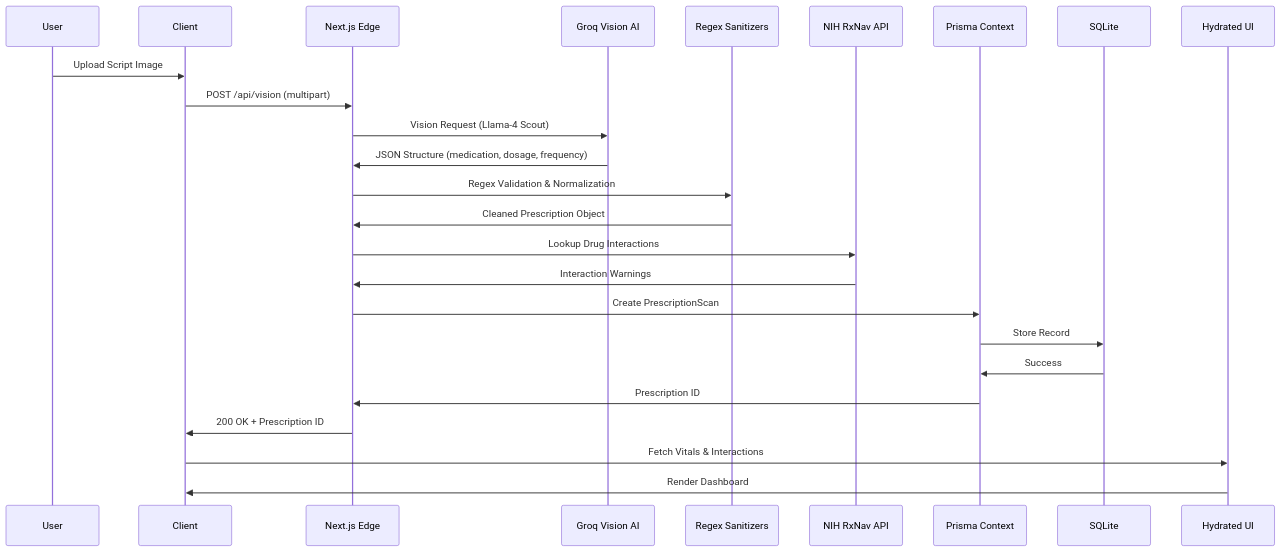
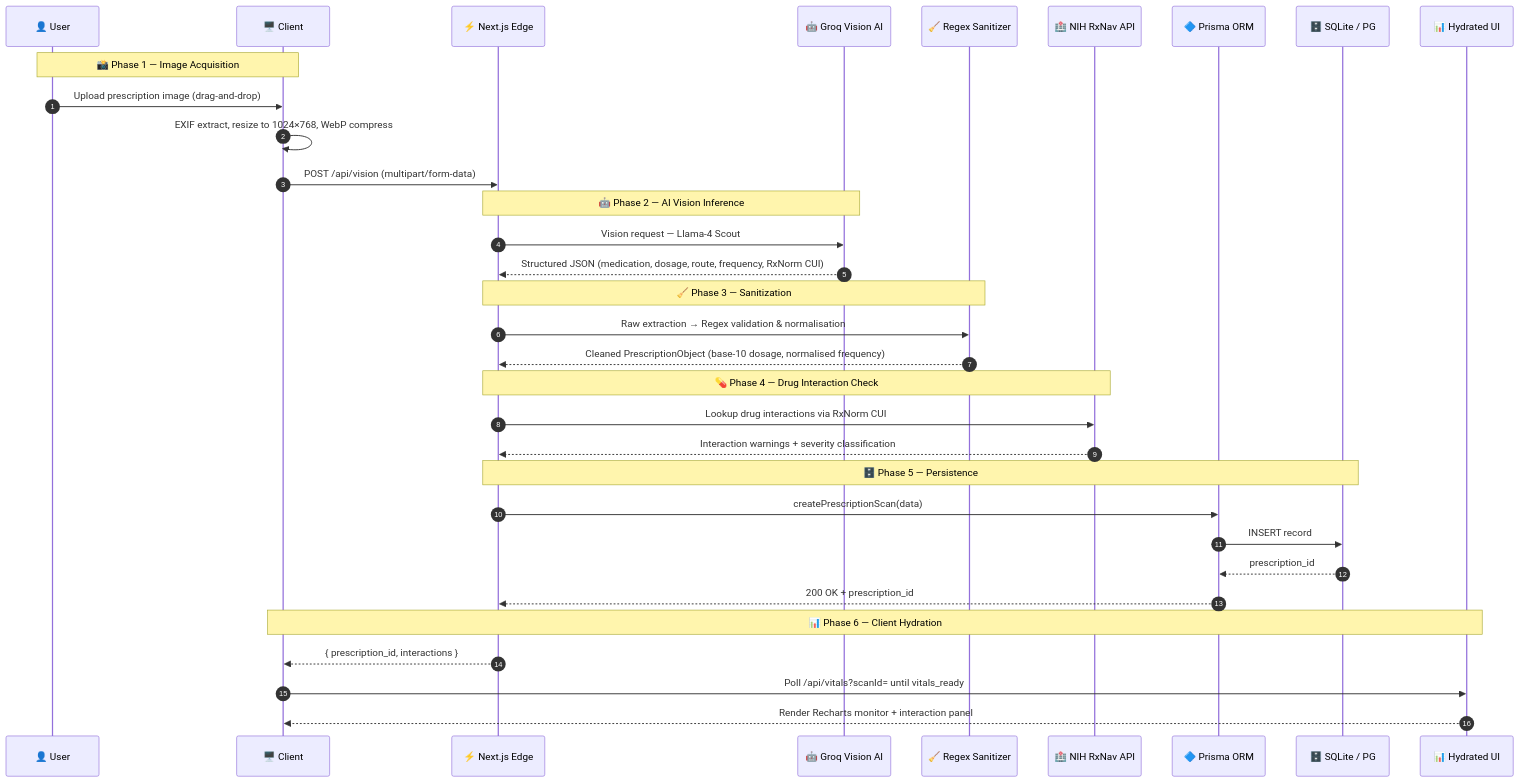
The first of 3 diagrams in README.md (salonyranjan/RxScan-AI), drawn with Mermaid before and after one commit. The commit also changed other lines of this file, not shown here.

````diff
--- a/README.md
+++ b/README.md
@@ -58,28 +240,41 @@
 ```mermaid
 sequenceDiagram
-    participant U as User
-    participant C as Client
-    participant N as Next.js Edge
-    participant G as Groq Vision AI
-    participant R as Regex Sanitizers
-    participant A as NIH RxNav API
-    participant P as Prisma Context
-    participant S as SQLite
-    participant UI as Hydrated UI
+    autonumber
+    participant U  as 👤 User
+    participant C  as 🖥️ Client
+    participant N  as ⚡ Next.js Edge
+    participant G  as 🤖 Groq Vision AI
+    participant R  as 🧹 Regex Sanitizer
+    participant A  as 🏥 NIH RxNav API
+    participant P  as 🔷 Prisma ORM
+    participant S  as 🗄️ SQLite / PG
+    participant UI as 📊 Hydrated UI
 
-    U->>C: Upload Script Image
-    C->>N: POST /api/vision (multipart)
-    N->>G: Vision Request (Llama-4 Scout)
-    G->>N: JSON Structure (medication, dosage, frequency)
-    N->>R: Regex Validation & Normalization
-    R->>N: Cleaned Prescription Object
-    N->>A: Lookup Drug Interactions
-    A->>N: Interaction Warnings
-    N->>P: Create PrescriptionScan
-    P->>S: Store Record
-    S->>P: Success
-    P->>N: Prescription ID
-    N->>C: 200 OK + Prescription ID
-    C->>UI: Fetch Vitals & Interactions
-    UI->>C: Render Dashboard
+    Note over U,C: 📸 Phase 1 — Image Acquisition
+    U->>C: Upload prescription image (drag-and-drop)
+    C->>C: EXIF extract, resize to 1024×768, WebP compress
+    C->>N: POST /api/vision (multipart/form-data)
+
+    Note over N,G: 🤖 Phase 2 — AI Vision Inference
+    N->>G: Vision request — Llama-4 Scout
+    G-->>N: Structured JSON (medication, dosage, route, frequency, RxNorm CUI)
+
+    Note over N,R: 🧹 Phase 3 — Sanitization
+    N->>R: Raw extraction → Regex validation & normalisation
+    R-->>N: Cleaned PrescriptionObject (base-10 dosage, normalised frequency)
+
+    Note over N,A: 💊 Phase 4 — Drug Interaction Check
+    N->>A: Lookup drug interactions via RxNorm CUI
+    A-->>N: Interaction warnings + severity classification
+
+    Note over N,S: 🗄️ Phase 5 — Persistence
+    N->>P: createPrescriptionScan(data)
+    P->>S: INSERT record
+    S-->>P: prescription_id
+    P-->>N: 200 OK + prescription_id
+
+    Note over C,UI: 📊 Phase 6 — Client Hydration
+    N-->>C: { prescription_id, interactions }
+    C->>UI: Poll /api/vitals?scanId= until vitals_ready
+    UI-->>C: Render Recharts monitor + interaction panel
 ```
````
